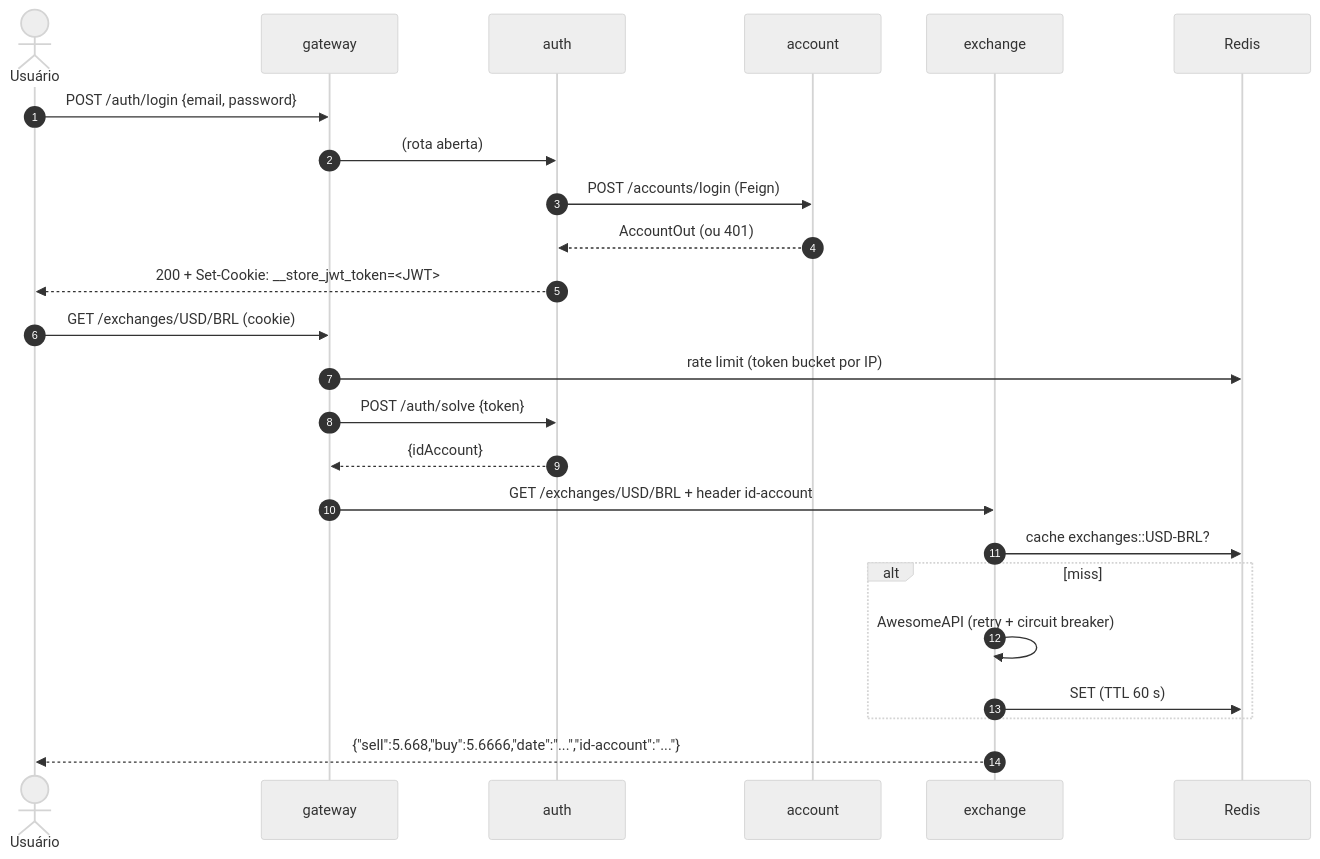
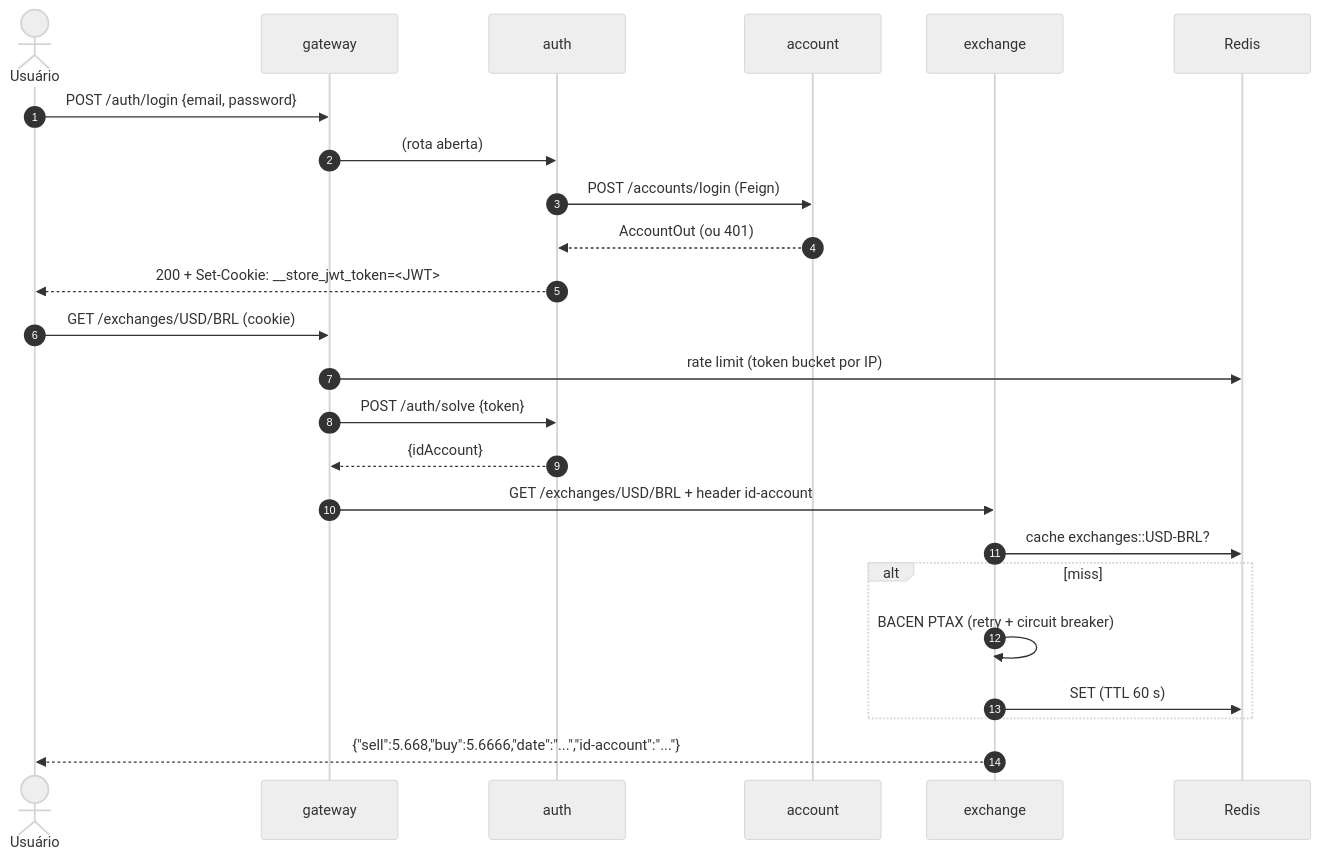
Before and after one commit to EuMiguelll/Projeto-PMA: the second of 2 diagrams in docs/projeto/index.md, drawn with Mermaid (neutral theme). The commit also changed other lines of this file and 15 other files, not shown here.

First line of the commit message:
Exchange no PTAX do BACEN: sem API key nem Secret

````diff
--- a/docs/projeto/index.md
+++ b/docs/projeto/index.md
@@ -66,26 +66,26 @@
 ```mermaid
 sequenceDiagram
     autonumber
     actor U as Usuário
     participant G as gateway
     participant A as auth
     participant C as account
     participant E as exchange
     participant R as Redis
     U->>G: POST /auth/login {email, password}
     G->>A: (rota aberta)
     A->>C: POST /accounts/login (Feign)
     C-->>A: AccountOut (ou 401)
     A-->>U: 200 + Set-Cookie: __store_jwt_token=<JWT>
     U->>G: GET /exchanges/USD/BRL (cookie)
     G->>R: rate limit (token bucket por IP)
     G->>A: POST /auth/solve {token}
     A-->>G: {idAccount}
     G->>E: GET /exchanges/USD/BRL + header id-account
     E->>R: cache exchanges::USD-BRL?
     alt miss
-        E->>E: AwesomeAPI (retry + circuit breaker)
+        E->>E: BACEN PTAX (retry + circuit breaker)
         E->>R: SET (TTL 60 s)
     end
     E-->>U: {"sell":5.668,"buy":5.6666,"date":"...","id-account":"..."}
 ```
````
